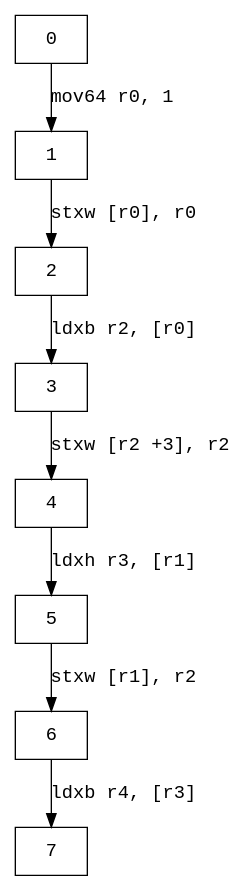
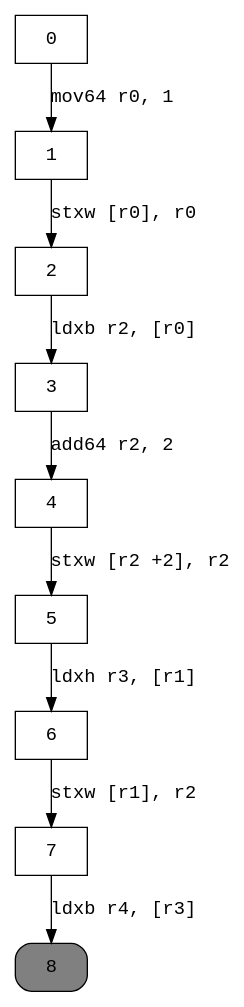
Before and after one commit to XicoCorreia/Information-Flow-Analysis-Thesis: the diagram in examples/graphs/loadFromReg.dot, drawn with Graphviz. The commit also changed 21 other files, not shown here.

```diff
--- a/examples/graphs/loadFromReg.dot
+++ b/examples/graphs/loadFromReg.dot
@@ -1,12 +1,14 @@
 digraph cfg { 
 node [fontname="monospace"];
 node [shape=box];
 edge [fontname="monospace"];
   0 -> 1 [label="mov64 r0, 1"];
   1 -> 2 [label="stxw [r0], r0"];
   2 -> 3 [label="ldxb r2, [r0]"];
-  3 -> 4 [label="stxw [r2 +3], r2"];
-  4 -> 5 [label="ldxh r3, [r1]"];
-  5 -> 6 [label="stxw [r1], r2"];
-  6 -> 7 [label="ldxb r4, [r3]"];
+  3 -> 4 [label="add64 r2, 2"];
+  4 -> 5 [label="stxw [r2 +2], r2"];
+  5 -> 6 [label="ldxh r3, [r1]"];
+  6 -> 7 [label="stxw [r1], r2"];
+  7 -> 8 [label="ldxb r4, [r3]"];
+8 [style="rounded,filled",fillcolor=grey];
 }
```
